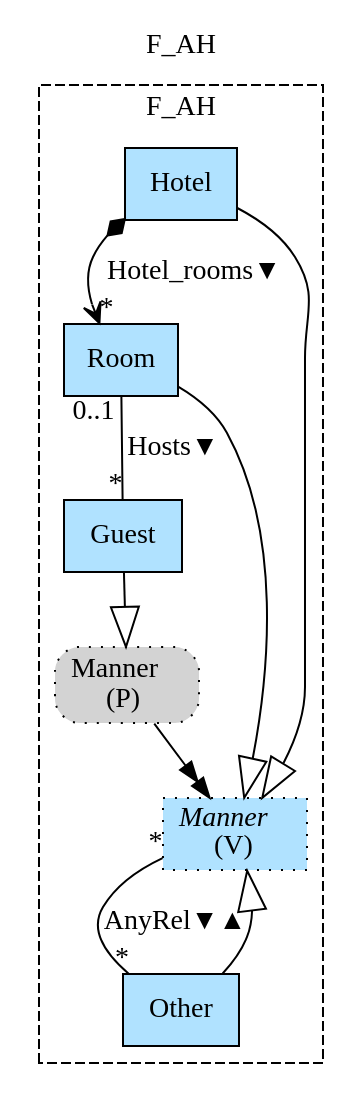
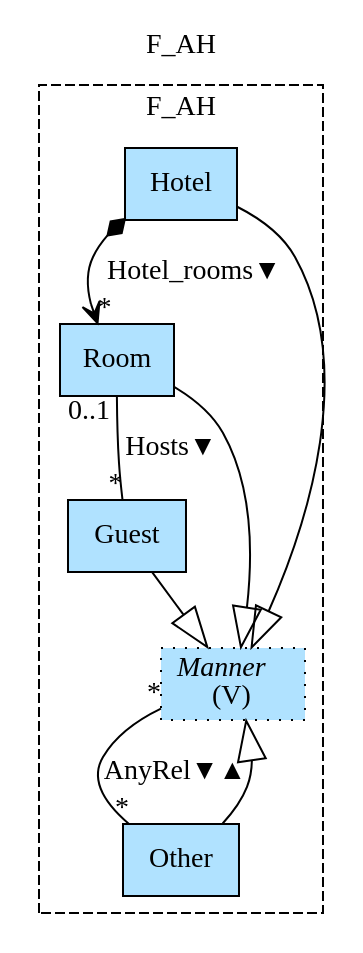
The diagram in Haskell/FragmentaTests/PetsWorld/img/F_AH.gv (namalio/Fragmenta), drawn with Graphviz before and after one commit. The commit also changed 129 other files, not shown here.

```diff
--- a/Haskell/FragmentaTests/PetsWorld/img/F_AH.gv
+++ b/Haskell/FragmentaTests/PetsWorld/img/F_AH.gv
@@ -1,20 +1,18 @@
 digraph {graph[label=F_AH,labelloc=tl,labelfontsize=12];
 subgraph cluster_F_AH{style=dashed;label=F_AH;
 "Room"[shape=record,fillcolor=lightskyblue1,style = filled,label="Room"];
 "Hotel"[shape=record,fillcolor=lightskyblue1,style = filled,label="Hotel"];
 "Guest"[shape=record,fillcolor=lightskyblue1,style = filled,label="Guest"];
-"PManner"[shape=box,fillcolor=lightgray,style ="rounded,filled,dotted",label=<Manner<br/>(P)>];
 "Other"[shape=record,fillcolor=lightskyblue1,style = filled,label="Other"];
 "Manner"[shape=record,fillcolor=lightskyblue1,style ="filled,dotted",label=<{<I>Manner</I><br/>(V)}>];
 
 "Room"->"Guest"[label="Hosts▼",dir=none,taillabel="0..1",headlabel="*"];
 "Hotel"->"Room"[label="Hotel_rooms▼",arrowhead=vee,arrowtail=diamond,dir=both,headlabel="*"];
 "Manner"->"Other"[label="AnyRel▼▲",dir=none,taillabel="*",headlabel="*"];
 "Room"->"Manner"[arrowhead=onormal,arrowsize=2.0];
 "Hotel"->"Manner"[arrowhead=onormal,arrowsize=2.0];
-"Guest"->"PManner"[arrowhead=onormal,arrowsize=2.0];
+"Guest"->"Manner"[arrowhead=onormal,arrowsize=2.0];
 "Other"->"Manner"[arrowhead=onormal,arrowsize=2.0];
 
 }
-"PManner"->"Manner"[arrowhead=normalnormal];
 }
```
